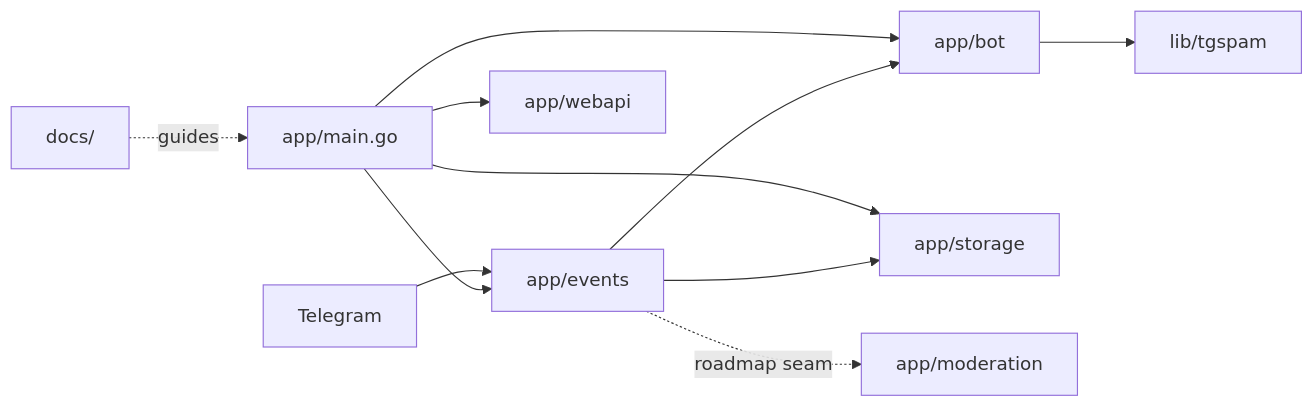
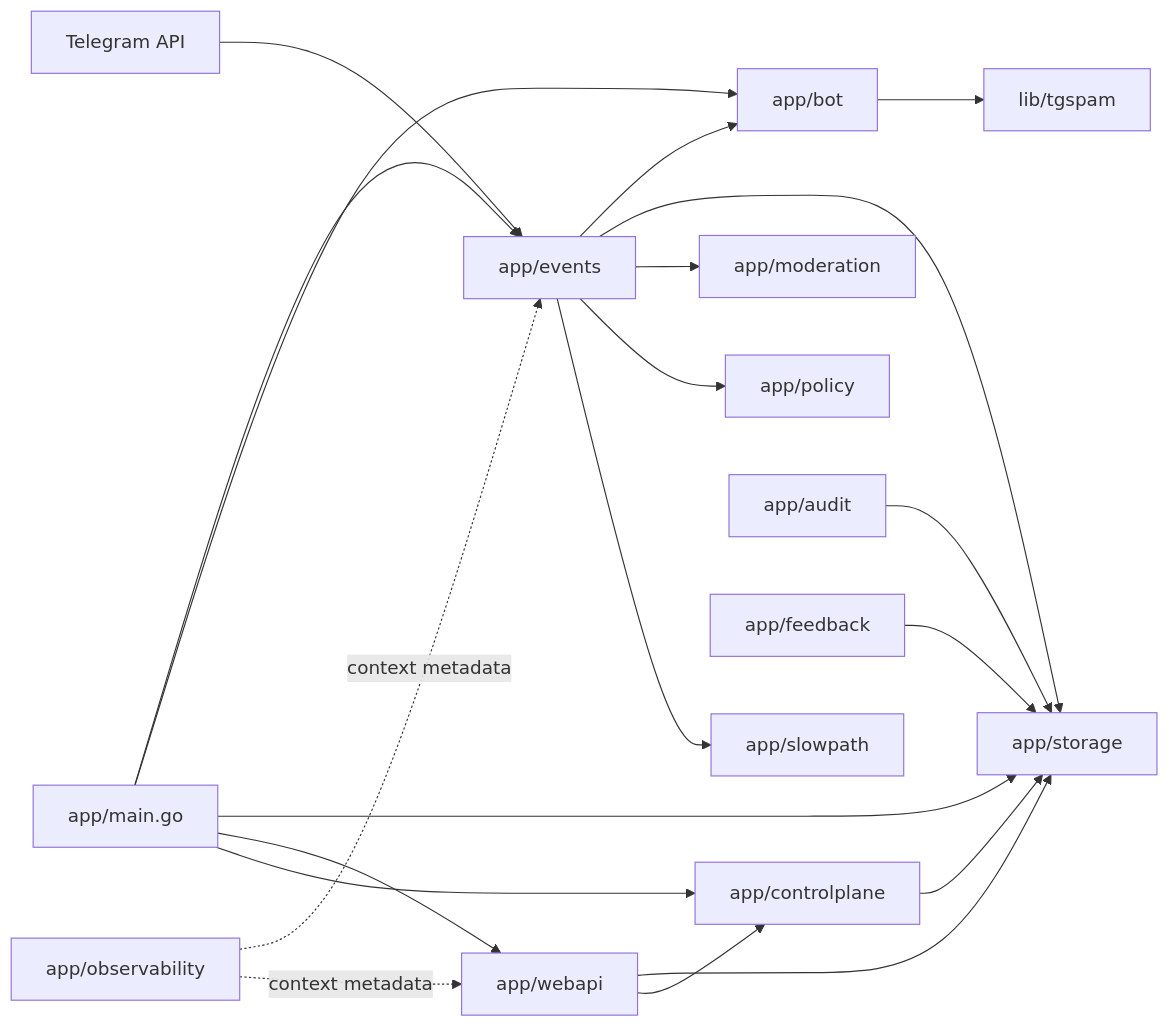
One commit to redstone-md/shield changed the first of 5 diagrams in docs/Architecture.md. Above: the diagram before and after it, drawn with Mermaid. The commit also changed other lines of this file, not shown here.

Commit message:
docs: rewrite Architecture.md with full module map and mermaid diagrams

````diff
--- a/docs/Architecture.md
+++ b/docs/Architecture.md
@@ -25,23 +26,37 @@
 ```mermaid
 flowchart LR
-  TG[Telegram]
+  TG[Telegram API]
   Main[app/main.go]
   Events[app/events]
   Bot[app/bot]
   Detect[lib/tgspam]
   Store[app/storage]
   Web[app/webapi]
+  CP[app/controlplane]
   Mods[app/moderation]
-  Docs[docs/]
+  Policy[app/policy]
+  Audit[app/audit]
+  Feedback[app/feedback]
+  SlowPath[app/slowpath]
+  Obs[app/observability]
 
   TG --> Events
   Main --> Events
   Main --> Bot
   Main --> Store
   Main --> Web
+  Main --> CP
   Events --> Bot
   Events --> Store
+  Events --> Mods
+  Events --> Policy
+  Events --> SlowPath
   Bot --> Detect
-  Events -. roadmap seam .-> Mods
-  Docs -. guides .-> Main
+  Web --> Store
+  Web --> CP
+  CP --> Store
+  Audit --> Store
+  Feedback --> Store
+  Obs -. context metadata .-> Events
+  Obs -. context metadata .-> Web
 ```
````
